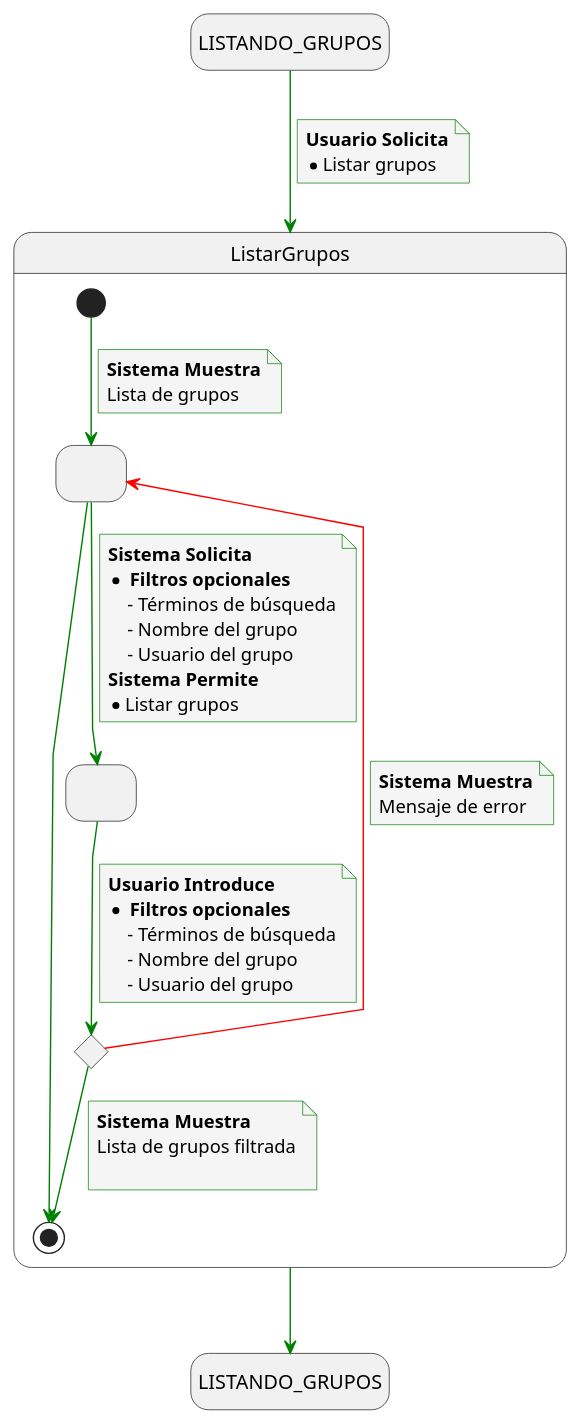
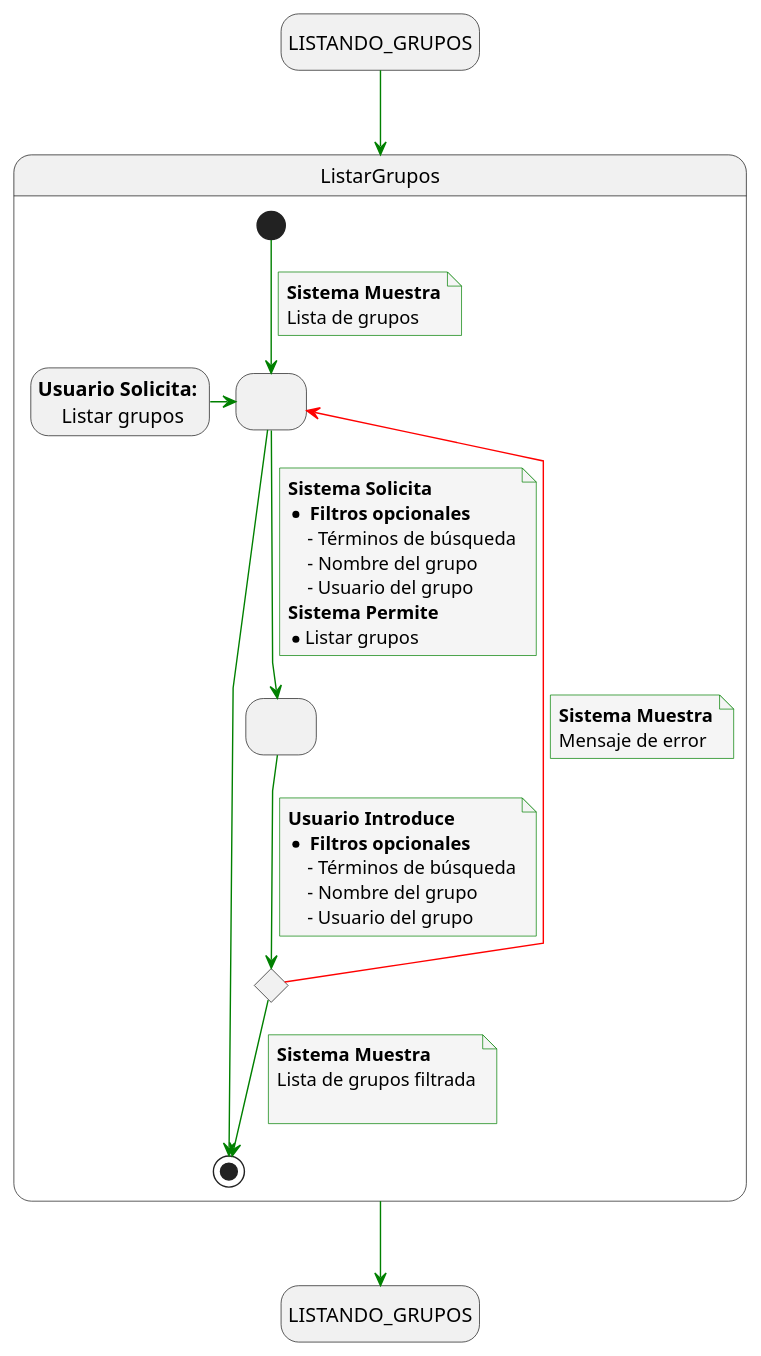
One commit to mmasias/24-25-IdSw1-SDR changed the diagram in docs/casosDeUso/detalladoCasosDeUso/detalladoGrupos/detalladoListarGrupos.puml. Above: the diagram before and after it, drawn with PlantUML. The commit also changed 5 other files, not shown here.

```diff
--- a/docs/casosDeUso/detalladoCasosDeUso/detalladoGrupos/detalladoListarGrupos.puml
+++ b/docs/casosDeUso/detalladoCasosDeUso/detalladoGrupos/detalladoListarGrupos.puml
@@ -1,68 +1,66 @@
 @startuml
 skinparam {
     NoteBackgroundColor #whiteSmoke
     ArrowColor #green
     NoteBorderColor #green
     linetype polyline
 }
 
 hide empty description
 
 state startState as "LISTANDO_GRUPOS"
 state endState as "LISTANDO_GRUPOS"
 
 startState --> ListarGrupos
-note on link
-    <b>Usuario Solicita</b>
-    * Listar grupos
-end note
 
 ListarGrupos --> endState
 
 state ListarGrupos {
     state solicitudFiltros as " "
     state envioFiltros as " "
     state revisionFiltrosEnviados <<choice>>
+    state usuarioSolicita as "<b>Usuario Solicita:</b> \n Listar grupos"
 
+    usuarioSolicita -> solicitudFiltros
     [*] --> solicitudFiltros
     note on link
         <b>Sistema Muestra</b>
         Lista de grupos
     end note
 
     solicitudFiltros -r-> [*]
 
     solicitudFiltros --> envioFiltros
     note on link
         <b>Sistema Solicita</b>
         * <b> Filtros opcionales </b>
             - Términos de búsqueda
             - Nombre del grupo
             - Usuario del grupo
         <b>Sistema Permite</b>
         * Listar grupos
     end note
 
     envioFiltros --> revisionFiltrosEnviados
     note on link
         <b>Usuario Introduce</b>
         * <b> Filtros opcionales </b>
             - Términos de búsqueda
             - Nombre del grupo
             - Usuario del grupo
     end note
 
     revisionFiltrosEnviados -[#red]-> solicitudFiltros
     note on link
         <b>Sistema Muestra</b>
         Mensaje de error
     end note
 
     revisionFiltrosEnviados --> [*]
     note on link
         <b>Sistema Muestra</b>
         Lista de grupos filtrada
 
     end note
 }
 @enduml
```
